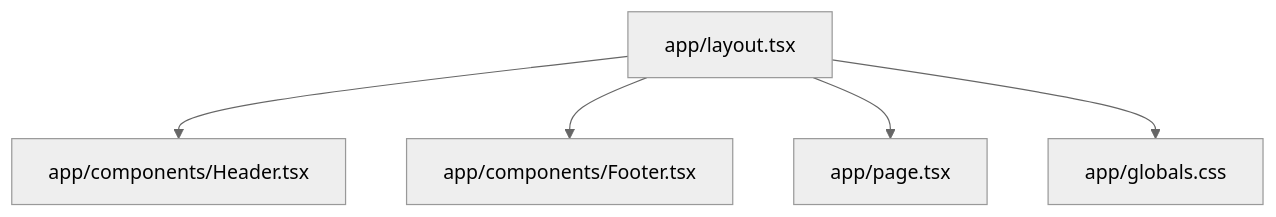
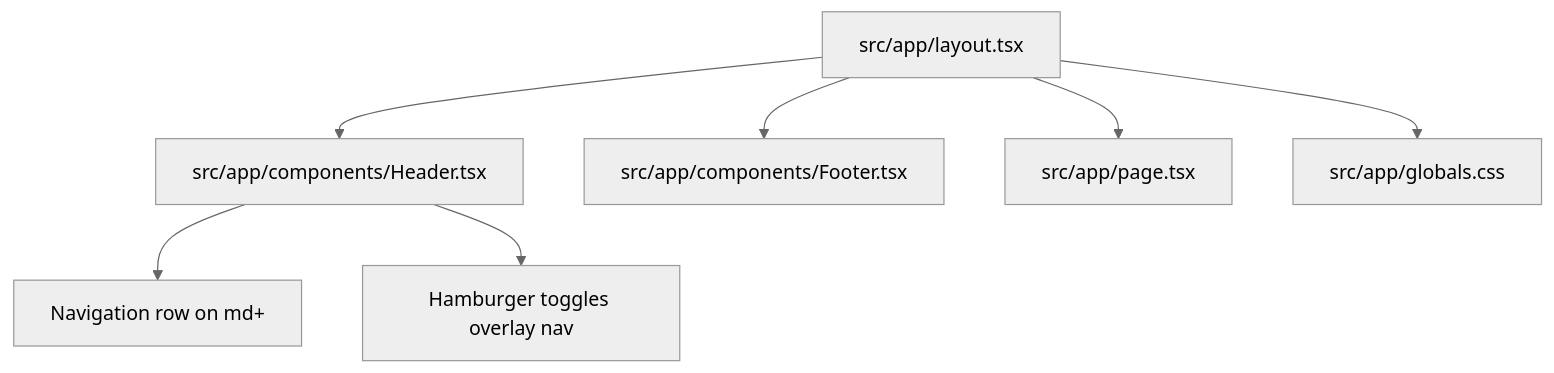
The diagram in lode/summary.md (ipavic933-spec/website-pavic), drawn with Mermaid (neutral theme) before and after one commit. The commit also changed other lines of this file and 4 other files, not shown here.

````diff
--- a/lode/summary.md
+++ b/lode/summary.md
@@ -10,7 +10,9 @@
 ```mermaid
 graph TD
-  Layout["app/layout.tsx"] --> Header["app/components/Header.tsx"]
-  Layout --> Footer["app/components/Footer.tsx"]
-  Layout --> Page["app/page.tsx"]
-  Layout --> Globals["app/globals.css"]
+  Layout["src/app/layout.tsx"] --> Header["src/app/components/Header.tsx"]
+  Layout --> Footer["src/app/components/Footer.tsx"]
+  Layout --> Page["src/app/page.tsx"]
+  Layout --> Globals["src/app/globals.css"]
+  Header --> DesktopNav["Navigation row on md+"]
+  Header --> MobileNav["Hamburger toggles overlay nav"]
 ```
````
